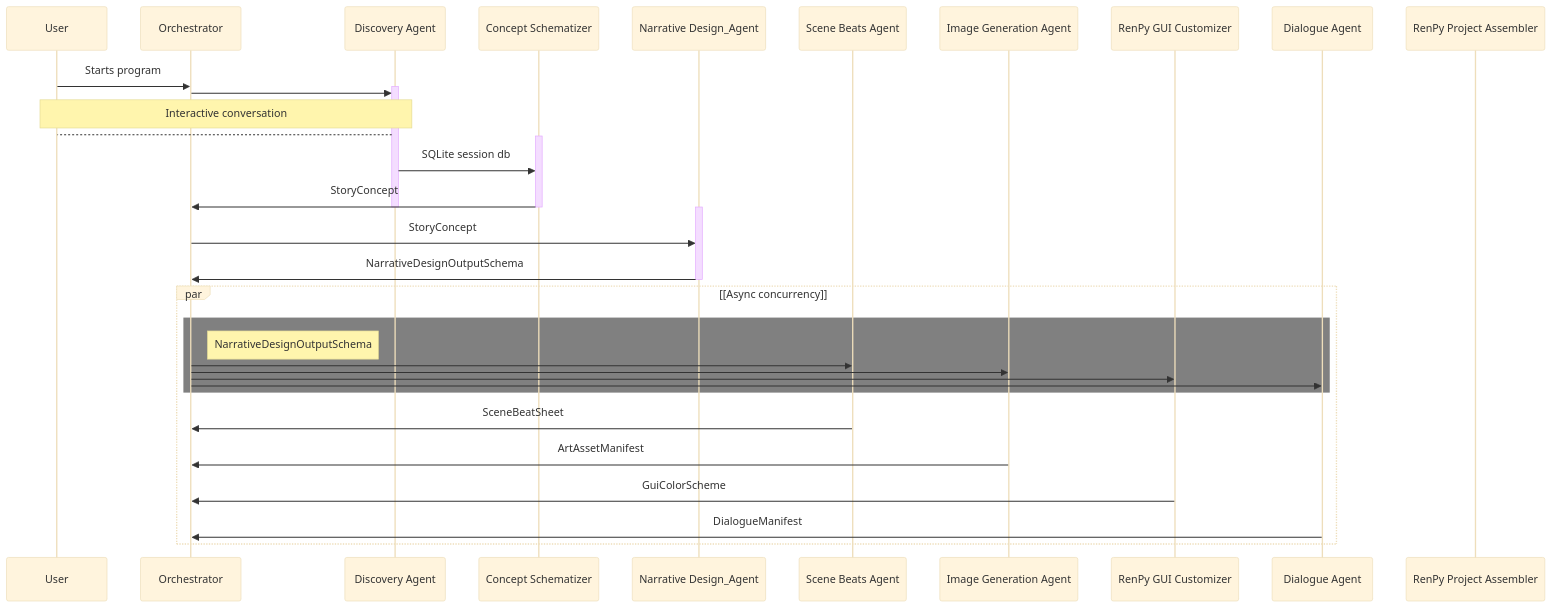
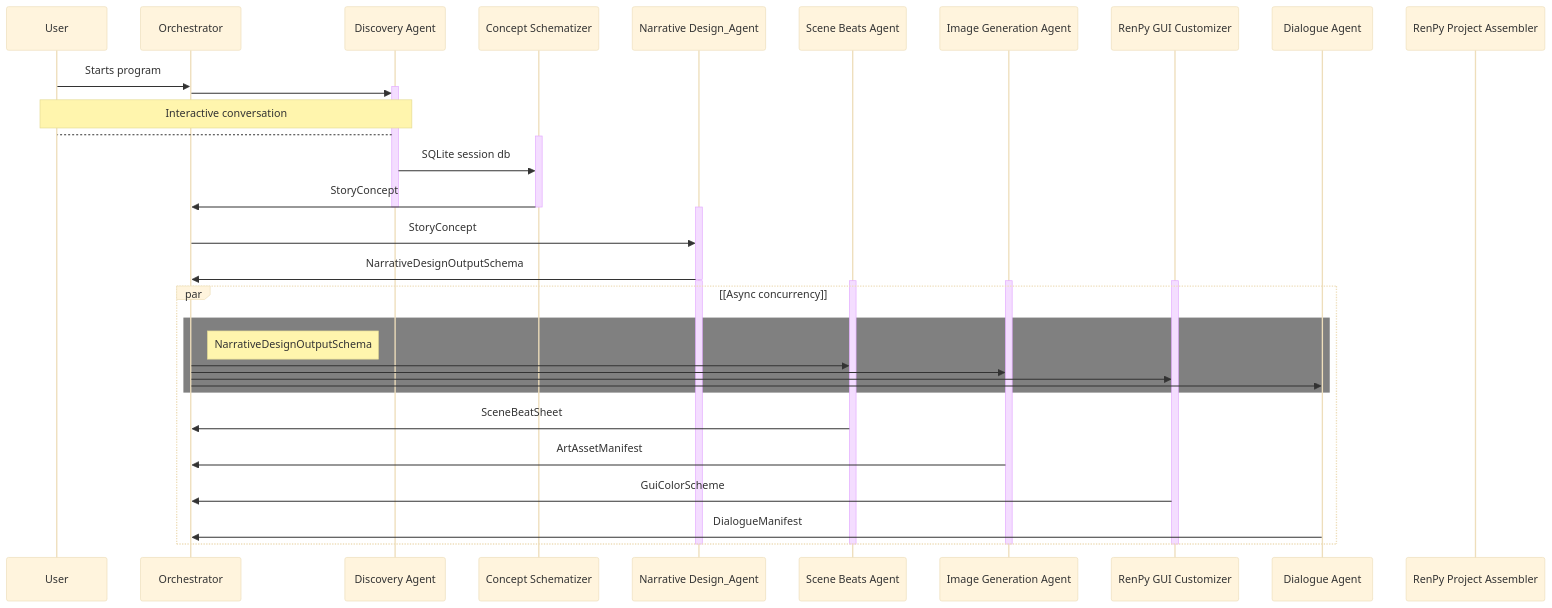
The diagram in README.md (danglenzig/KARLA_PROD), drawn with Mermaid (base theme) before and after one commit.

````diff
--- a/README.md
+++ b/README.md
@@ -108,43 +108,51 @@
 ```mermaid
 sequenceDiagram
     participant USER as User
     participant ORCH as Orchestrator
     participant DISC as Discovery Agent
     participant CONC as Concept Schematizer
     participant NARR as Narrative Design_Agent
     participant BEAT as Scene Beats Agent
     participant ARTS as Image Generation Agent
     participant COLO as RenPy GUI Customizer
     participant DIAL as Dialogue Agent
     participant RNPY as RenPy Project Assembler
 
     USER->>ORCH: Starts program
     activate DISC
     ORCH->>DISC:
     Note over DISC,USER: Interactive conversation
     DISC-->USER:
     activate CONC
     DISC->>CONC: SQLite session db
     CONC->>ORCH: StoryConcept
     deactivate CONC
     deactivate DISC
 
     activate NARR
     ORCH->>NARR: StoryConcept
     NARR->>ORCH: NarrativeDesignOutputSchema
     deactivate NARR
 
+    activate BEAT
+    activate ARTS
+    activate COLO
+    activate NARR
     par [Async concurrency]
         rect rgb(128,128,128)
         note right of ORCH: NarrativeDesignOutputSchema
         ORCH->>BEAT:
         ORCH->>ARTS:
         ORCH->>COLO:
         ORCH->>DIAL:
         end
         BEAT->>ORCH: SceneBeatSheet
         ARTS->>ORCH: ArtAssetManifest
         COLO->>ORCH: GuiColorScheme
         DIAL->>ORCH: DialogueManifest
-    end 
+    end
+    deactivate BEAT
+    deactivate ARTS
+    deactivate COLO
+    deactivate NARR
 ```
````
